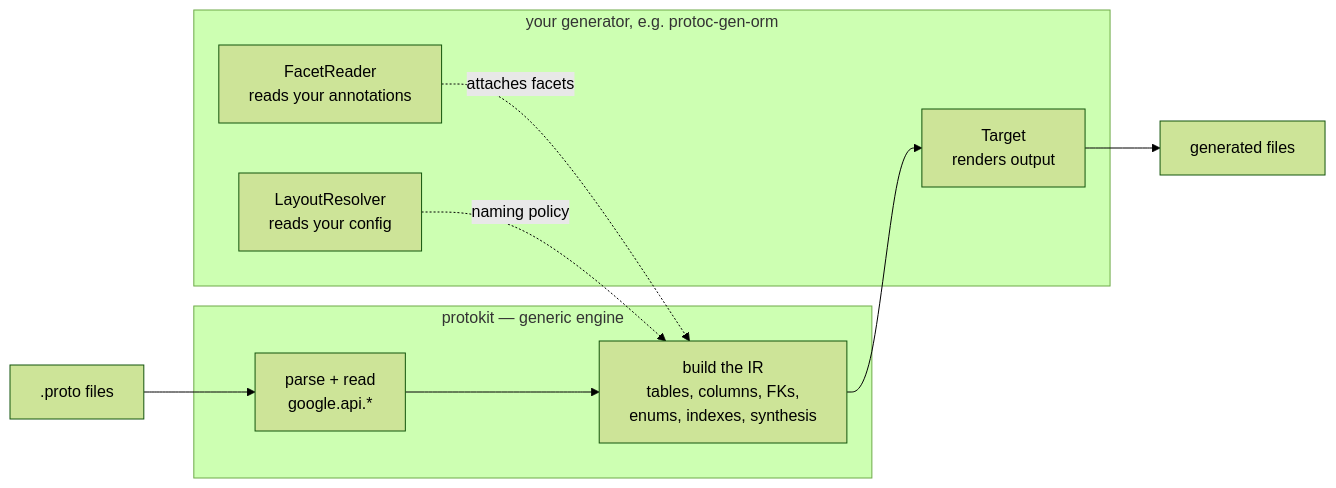
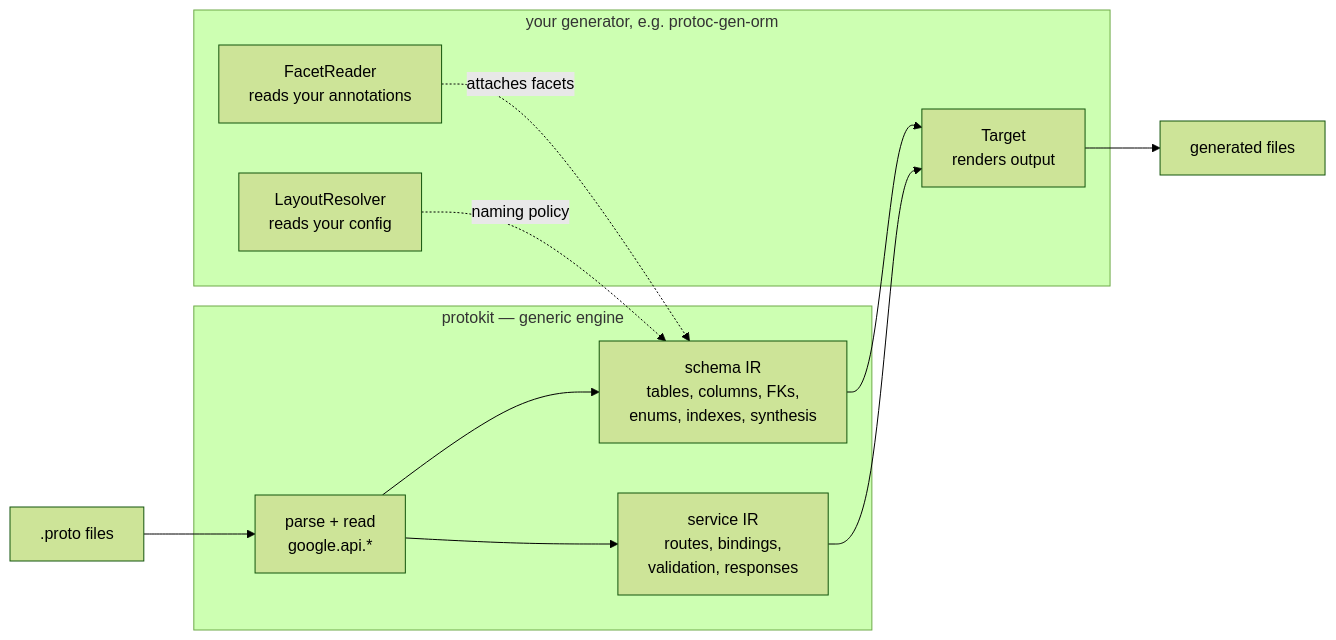
Before and after one commit to the-protobuf-project/protokit: the first of 3 diagrams in README.md, drawn with Mermaid (forest theme). The commit also changed other lines of this file, not shown here.

Commit message:
docs: enhance README to clarify schema and service IR descriptions

````diff
--- a/README.md
+++ b/README.md
@@ -24,16 +33,18 @@
 ```mermaid
 flowchart LR
     P[".proto files"] --> AIP
     subgraph K["protokit — generic engine"]
-        AIP["parse + read<br/>google.api.*"] --> IR["build the IR<br/>tables, columns, FKs,<br/>enums, indexes, synthesis"]
+        AIP["parse + read<br/>google.api.*"] --> IR["schema IR<br/>tables, columns, FKs,<br/>enums, indexes, synthesis"]
+        AIP --> SIR["service IR<br/>routes, bindings,<br/>validation, responses"]
     end
     subgraph Author["your generator, e.g. protoc-gen-orm"]
         R["FacetReader<br/>reads your annotations"]
         L["LayoutResolver<br/>reads your config"]
         T["Target<br/>renders output"]
     end
     R -.->|attaches facets| IR
     L -.->|naming policy| IR
     IR --> T
+    SIR --> T
     T --> OUT["generated files"]
 ```
````
